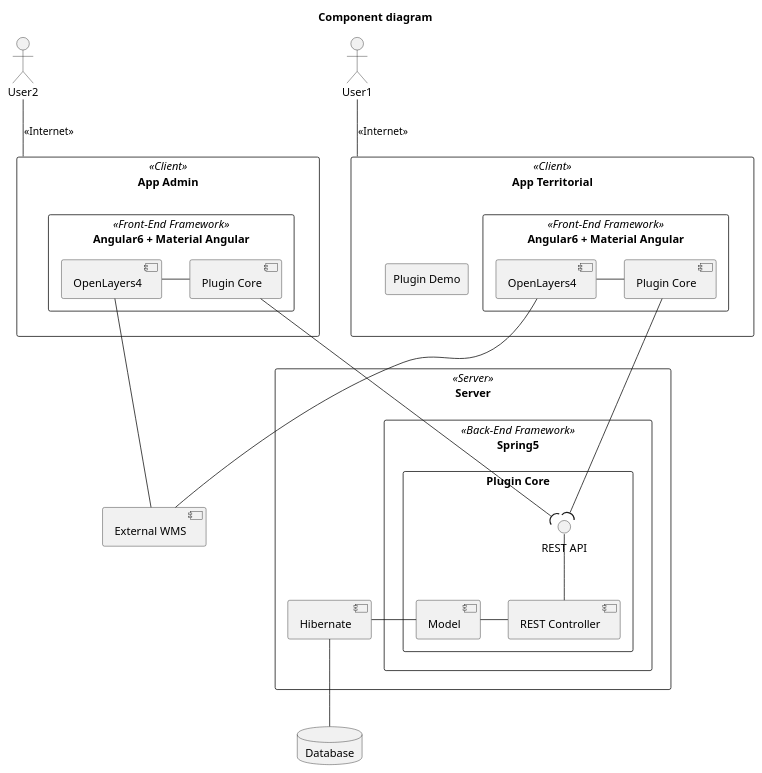
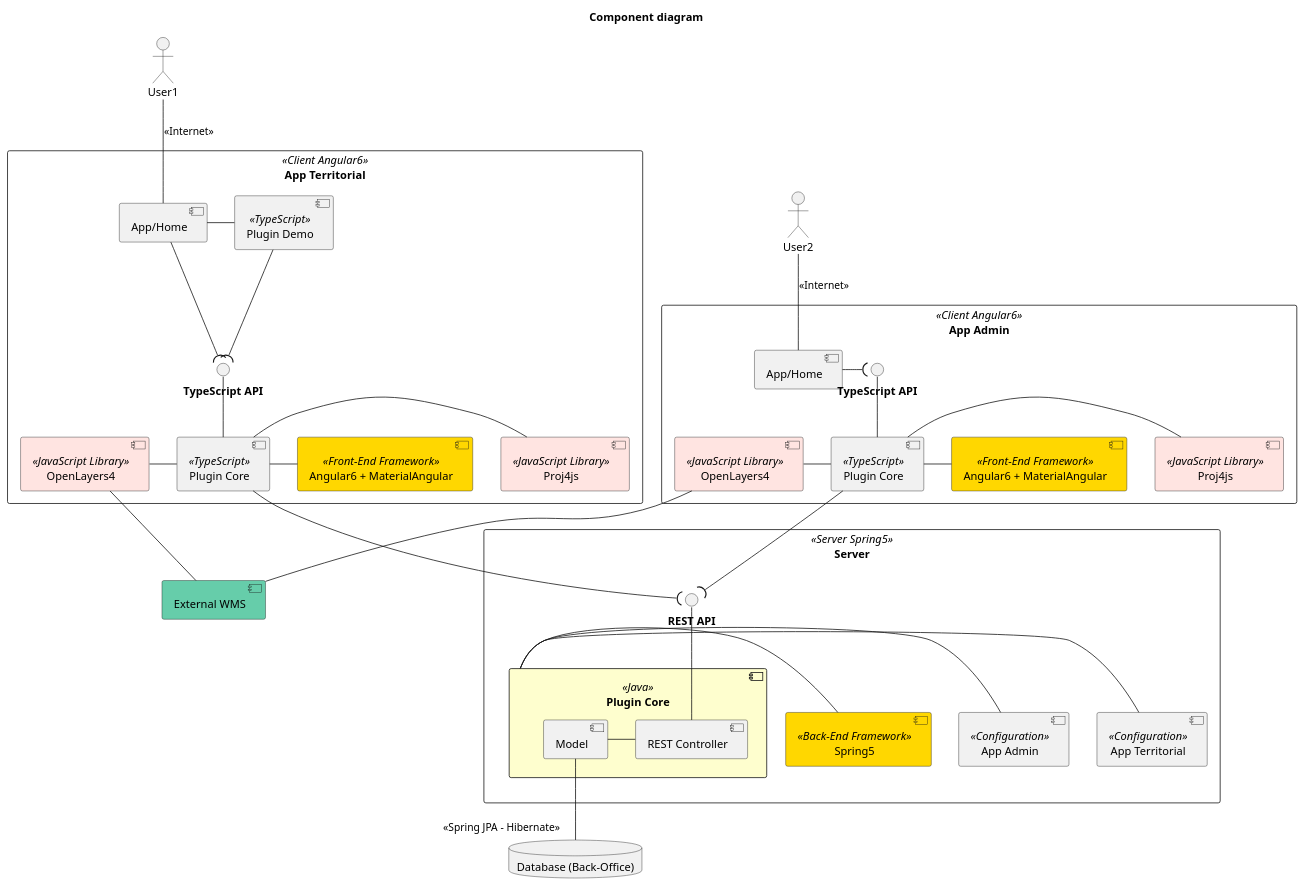
Before and after one commit to sitmun/community: the diagram in doc/components.puml, drawn with PlantUML.

Commit message:
Improved components diagram

```diff
--- a/doc/components.puml
+++ b/doc/components.puml
@@ -1,61 +1,82 @@
 @startuml
 
 skinparam componentStyle uml2
+skinparam component {
+    backgroundColor<<JavaScript Library>> MistyRose
+    backgroundcolor<<Java Library>> LightSkyBlue
+}
+
 
 title Component diagram
 
-rectangle "App Admin" as admin <<Client>> {
-    rectangle "Angular6 + Material Angular" as an <<Front-End Framework>> {
-        [Plugin Core] as pc
-        [OpenLayers4] as ol
+rectangle "App Admin" as admin <<Client Angular6>> {
+        [App/Home] as ah
+        [Plugin Core] <<TypeScript>> as pc
+        interface "**TypeScript API**" as tsapi
+        pc -up- tsapi
+        [OpenLayers4] <<JavaScript Library>> as ol
+        [Proj4js] <<JavaScript Library>> as p4js
+        [Angular6 + MaterialAngular] <<Front-End Framework>> as a6 #Gold
         
+        ah -( tsapi
         pc -left- ol
-    }
+        pc - p4js
+        pc - a6
 }
 
 
-rectangle "App Territorial" as territ <<Client>> {
-    rectangle "Plugin Demo" as pd
-    rectangle "Angular6 + Material Angular" as an1 <<Front-End Framework>> {
-        [Plugin Core] as pc1
-        [OpenLayers4] as ol1
+rectangle "App Territorial" as territ <<Client Angular6>> {
+        [App/Home] as ah1
+        [Plugin Core] <<TypeScript>> as pc1
+        interface "**TypeScript API**" as tsapi1
+        pc1 -up- tsapi1
+        [OpenLayers4] <<JavaScript Library>> as ol1
+        [Proj4js] <<JavaScript Library>> as p4js1
+        component "Plugin Demo" <<TypeScript>> as pd
+        [Angular6 + MaterialAngular] <<Front-End Framework>> as a61 #Gold
         
         pc1 -left- ol1
-    }
+        pc1 - p4js1
+        pc1 - a61
+        ah1 -( tsapi1
+        pd -down-( tsapi1
+        ah1 - pd
 }
 
     
-rectangle "Server" as server <<Server>> {
-    rectangle "Spring5" as spr5 <<Back-End Framework>> {
-        rectangle "Plugin Core" as pcs {
+rectangle "Server" as server <<Server Spring5>> {
+        component "Plugin Core" <<Java>> as pcs #FEFECE {
             [REST Controller] as rest
-            interface "REST API" as api
             [Model] as model
         }
-    }
-    [Hibernate] as hi
+        interface "**REST API**" as api
+        component "App Territorial" <<Configuration>> as atc
+        component "App Admin" <<Configuration>> as aac
+        [Spring5] <<Back-End Framework>> as s5 #Gold
+        atc -left- pcs
+        aac -left- pcs
+        s5 - pcs
 }
 
-[External WMS] as wms
+[External WMS] as wms #MediumAquaMarine
 ol -down- wms
 ol1 -down- wms
 
 
-database "Database" as db{
+database "Database (Back-Office)" as db{
 }
 
 
 :User1:
 :User2:
 
-User1 -down- territ : <<Internet>>
-User2 -- admin : <<Internet>>
+User1 -down- ah1 : <<Internet>>
+User2 -down- ah : <<Internet>>
 pc -down-( api
 pc1 -down-( api
 api -down- rest
 rest -left- model
-model -left- hi
-hi -down- db
+model -down- "<<Spring JPA - Hibernate>>" db
 
 
 @enduml
```
